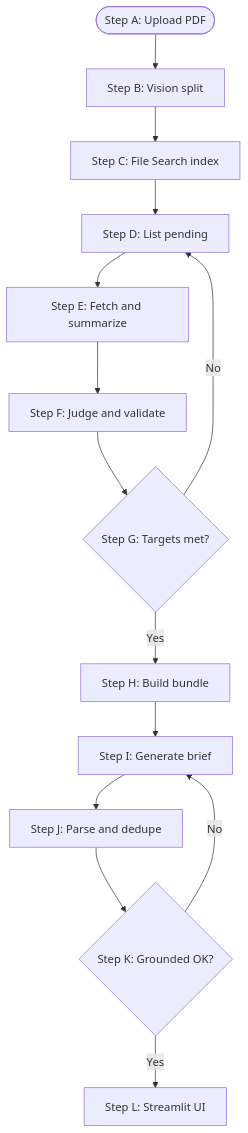
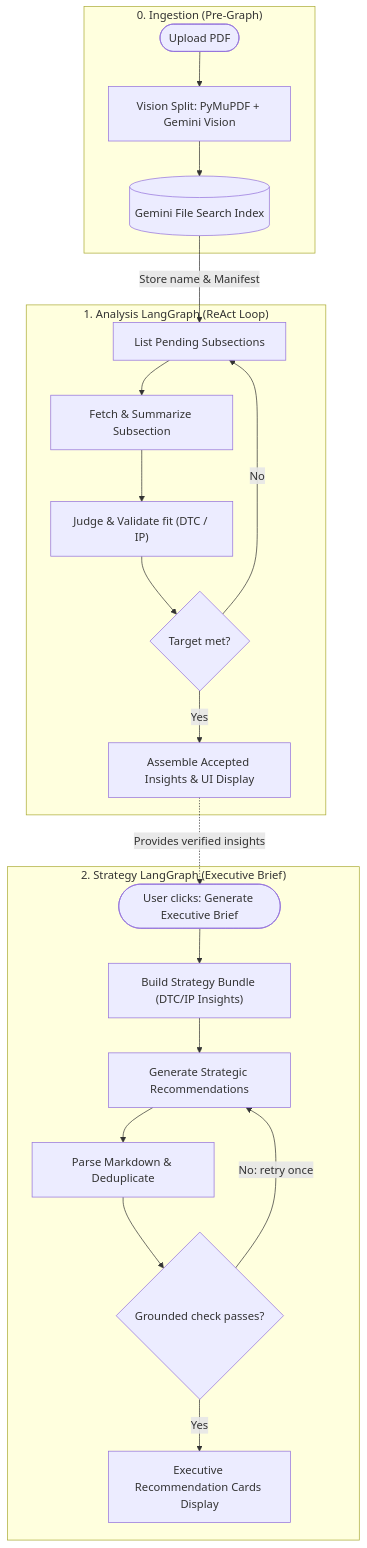
The diagram in README.md (a-partha/music_analytics_app), drawn with Mermaid before and after one commit. The commit also changed other lines of this file and 22 other files, not shown here.

````diff
--- a/README.md
+++ b/README.md
@@ -11,16 +23,28 @@
 ```mermaid
 flowchart TB
-    A(["Step A: Upload PDF"]) --> B["Step B: Vision split"]
-    B --> C["Step C: File Search index"]
-    C --> D["Step D: List pending"]
-    D --> E["Step E: Fetch and summarize"]
-    E --> F["Step F: Judge and validate"]
-    F --> G{"Step G: Targets met?"}
-    G -->|No| D
-    G -->|Yes| H["Step H: Build bundle"]
-    H --> I["Step I: Generate brief"]
-    I --> J["Step J: Parse and dedupe"]
-    J --> K{"Step K: Grounded OK?"}
-    K -->|No| I
-    K -->|Yes| L["Step L: Streamlit UI"]
+    subgraph IngestionPipeline ["0. Ingestion (Pre-Graph)"]
+        A(["Upload PDF"]) --> B["Vision Split: PyMuPDF + Gemini Vision"]
+        B --> C[("Gemini File Search Index")]
+    end
+
+    subgraph AnalysisGraph ["1. Analysis LangGraph (ReAct Loop)"]
+        D["List Pending Subsections"]
+        D --> E["Fetch & Summarize Subsection"]
+        E --> F["Judge & Validate fit (DTC / IP)"]
+        F --> G{"Target met?"}
+        G -->|No| D
+        G -->|Yes| H["Assemble Accepted Insights & UI Display"]
+    end
+
+    subgraph StrategyGraph ["2. Strategy LangGraph (Executive Brief)"]
+        I(["User clicks: Generate Executive Brief"]) --> J["Build Strategy Bundle (DTC/IP Insights)"]
+        J --> K["Generate Strategic Recommendations"]
+        K --> L["Parse Markdown & Deduplicate"]
+        L --> M{"Grounded check passes?"}
+        M -->|No: retry once| K
+        M -->|Yes| N["Executive Recommendation Cards Display"]
+    end
+
+    C -->|"Store name & Manifest"| D
+    H -.->|"Provides verified insights"| I
 ```
````
